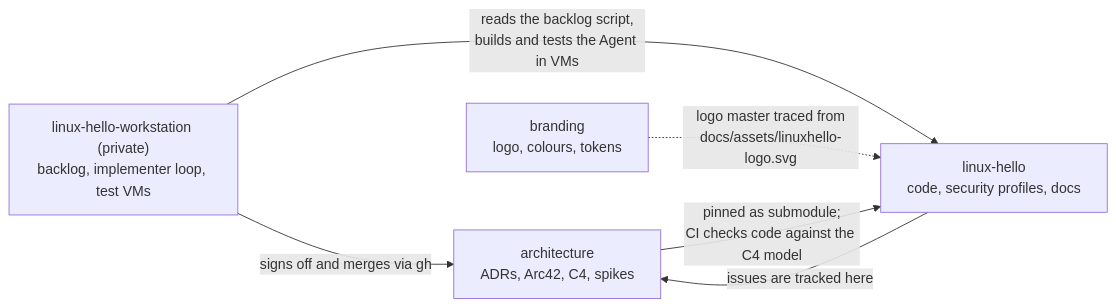
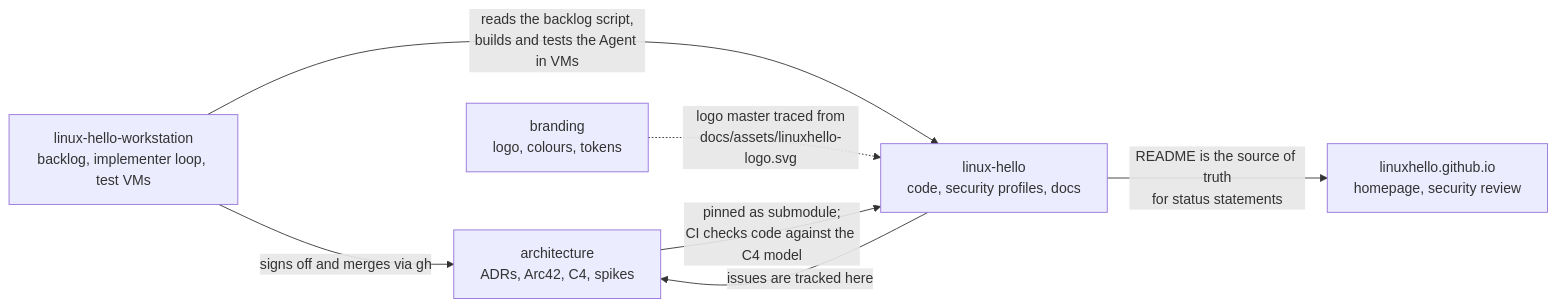
One commit to LinuxHello/.github-private changed the first of 2 diagrams in profile/README.md. Above: the diagram before and after it, drawn with Mermaid. The commit also changed other lines of this file and 1 other file, not shown here.

````diff
--- a/profile/README.md
+++ b/profile/README.md
@@ -22,8 +23,9 @@
 ```mermaid
 flowchart LR
   A["architecture<br/>ADRs, Arc42, C4, spikes"] -->|"pinned as submodule;<br/>CI checks code against the C4 model"| L["linux-hello<br/>code, security profiles, docs"]
   B["branding<br/>logo, colours, tokens"] -.->|"logo master traced from<br/>docs/assets/linuxhello-logo.svg"| L
-  W["linux-hello-workstation (private)<br/>backlog, implementer loop, test VMs"] -->|"reads the backlog script,<br/>builds and tests the Agent in VMs"| L
+  W["linux-hello-workstation<br/>backlog, implementer loop, test VMs"] -->|"reads the backlog script,<br/>builds and tests the Agent in VMs"| L
   W -->|"signs off and merges via gh"| A
   L -->|"issues are tracked here"| A
+  L -->|"README is the source of truth<br/>for status statements"| S["linuxhello.github.io<br/>homepage, security review"]
 ```
````
